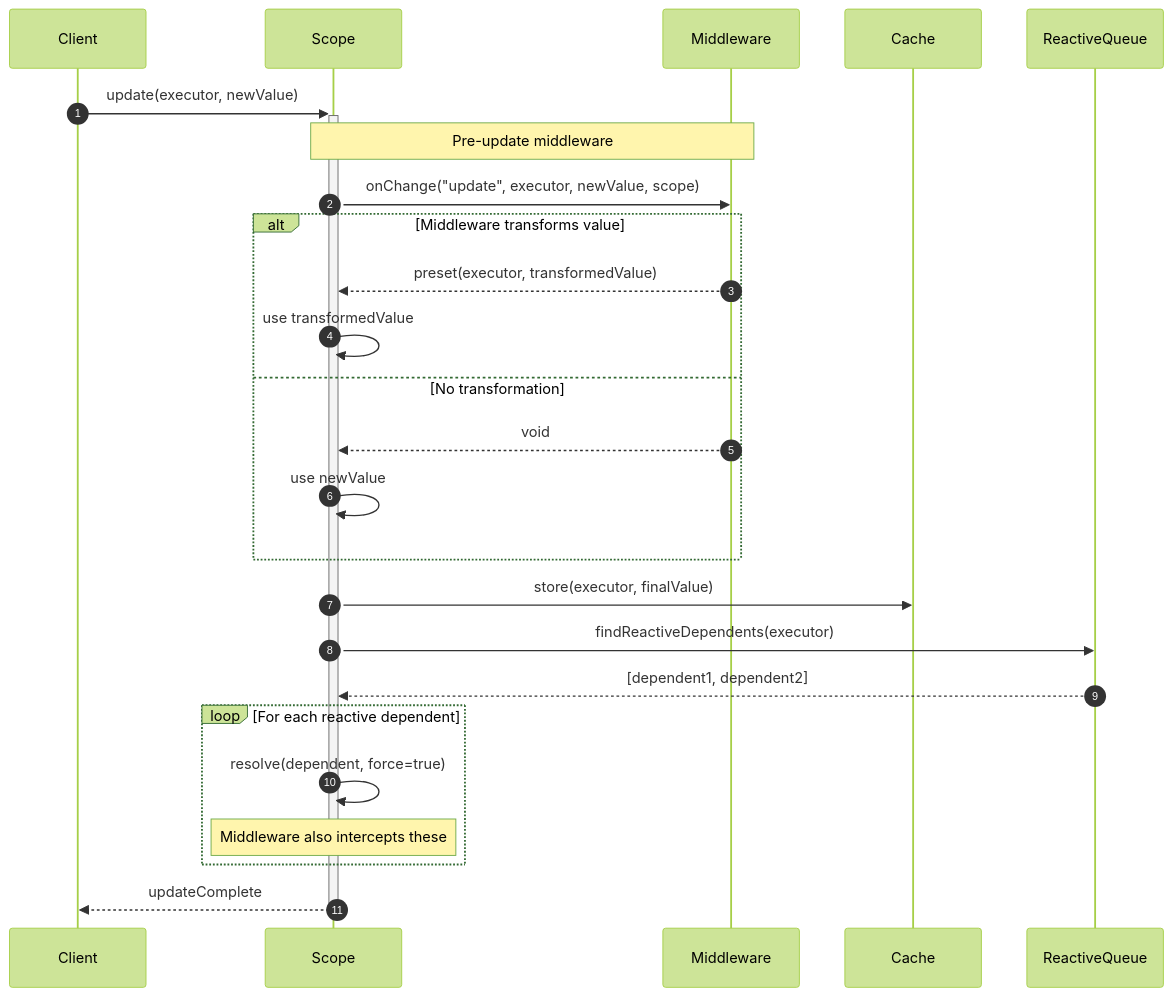
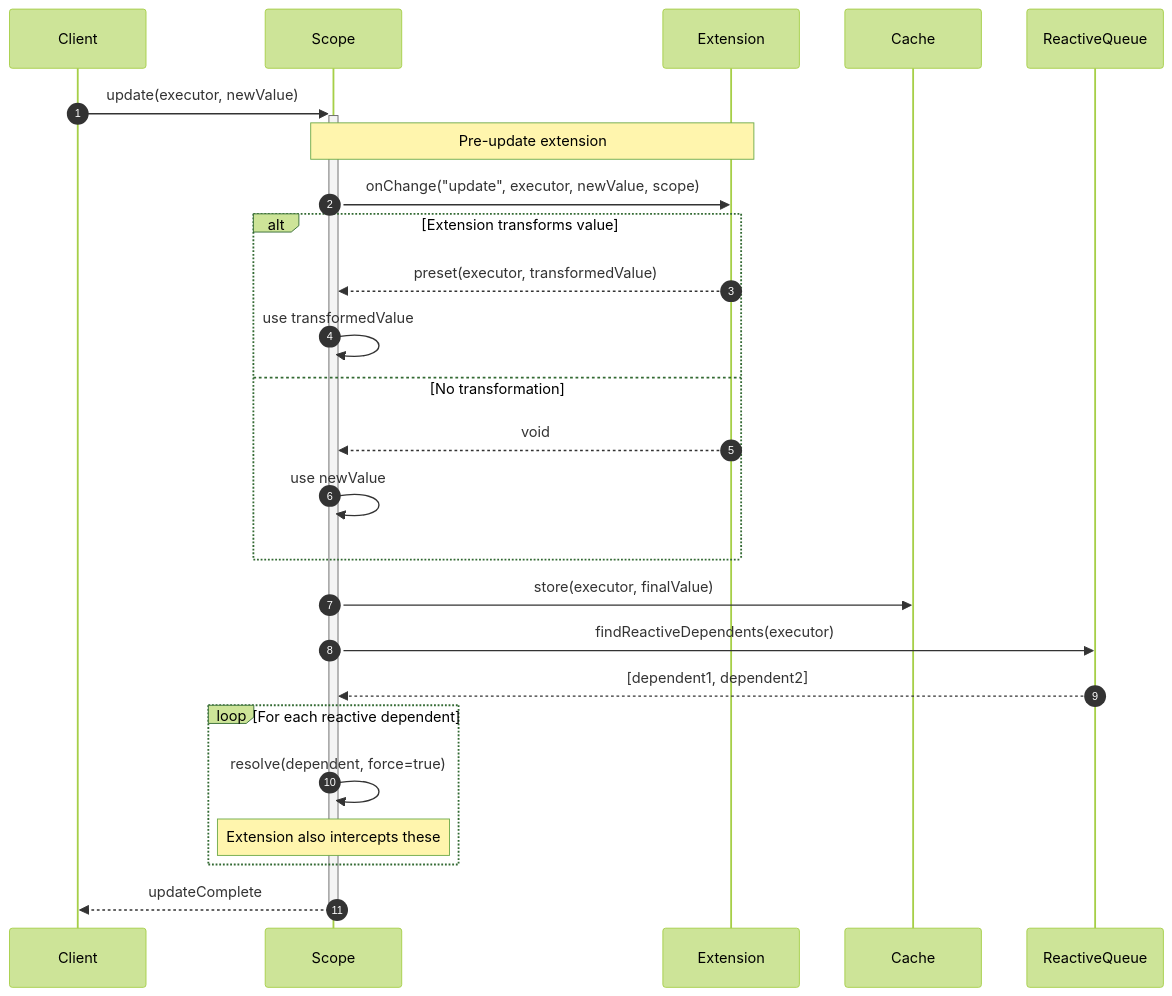
Before and after one commit to pumped-fn/pumped-go: the ninth of 10 diagrams in docs/how-does-it-work.md, drawn with Mermaid (forest theme). The commit also changed other lines of this file and 48 other files, not shown here.

First line of the commit message:
feat: changed plugin to extension, unified the API for both scope and plugin

````diff
--- a/docs/how-does-it-work.md
+++ b/docs/how-does-it-work.md
@@ -442,35 +490,35 @@
 ```mermaid
 sequenceDiagram
     autonumber
     participant Client
     participant Scope
-    participant Middleware
+    participant Extension
     participant Cache
     participant ReactiveQueue
-    
+
     Client->>+Scope: update(executor, newValue)
-    
-    Note over Scope,Middleware: Pre-update middleware
-    
-    Scope->>Middleware: onChange("update", executor, newValue, scope)
-    
-    alt Middleware transforms value
-        Middleware-->>Scope: preset(executor, transformedValue)
+
+    Note over Scope,Extension: Pre-update extension
+
+    Scope->>Extension: onChange("update", executor, newValue, scope)
+
+    alt Extension transforms value
+        Extension-->>Scope: preset(executor, transformedValue)
         Scope->>Scope: use transformedValue
     else No transformation
-        Middleware-->>Scope: void
+        Extension-->>Scope: void
         Scope->>Scope: use newValue
     end
     
     Scope->>Cache: store(executor, finalValue)
     
     Scope->>ReactiveQueue: findReactiveDependents(executor)
     ReactiveQueue-->>Scope: [dependent1, dependent2]
     
     loop For each reactive dependent
         Scope->>Scope: resolve(dependent, force=true)
-        Note over Scope: Middleware also intercepts these
+        Note over Scope: Extension also intercepts these
     end
     
     Scope-->>-Client: updateComplete
 ```
````
